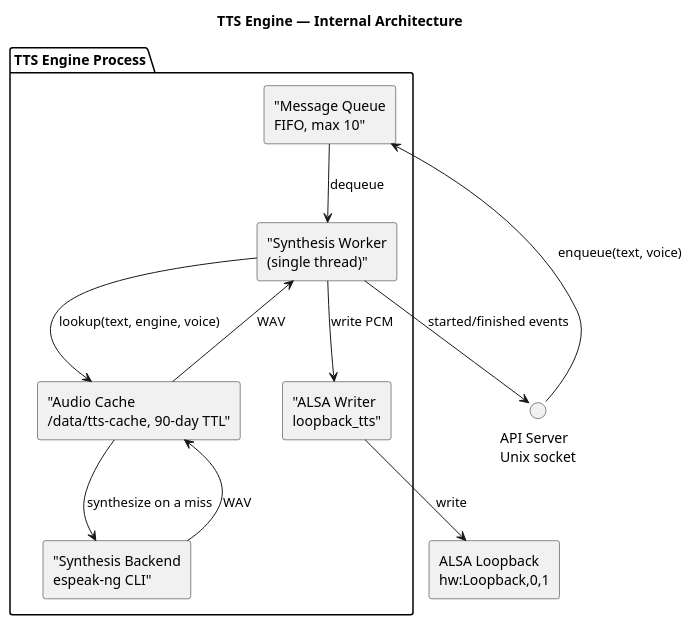
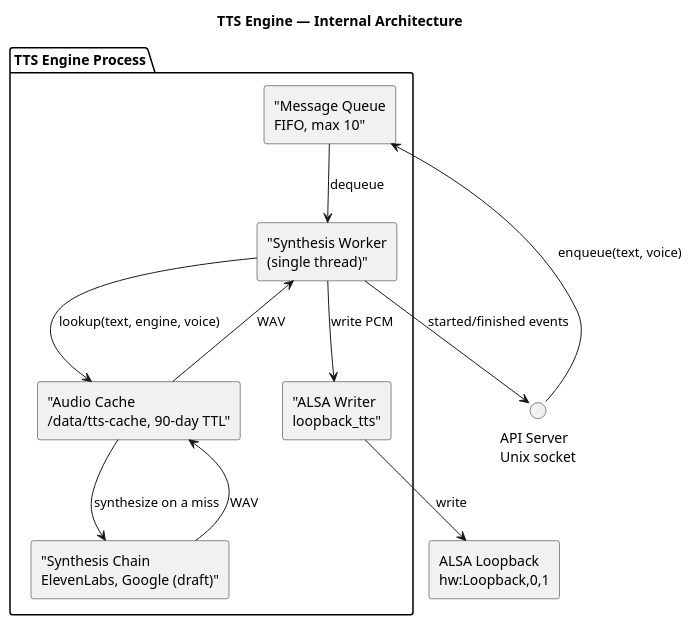
Before and after one commit to LydByDissing/kids-desktop-speaker: the diagram in docs/source/architecture/tts-engine/solution-design.rst, drawn with PlantUML. The commit also changed other lines of this file and 2 other files, not shown here.

First line of the commit message:
docs: draft the pivot to cloud text-to-speech (DEC-031)

```diff
--- a/docs/source/architecture/tts-engine/solution-design.rst
+++ b/docs/source/architecture/tts-engine/solution-design.rst
@@ -35,32 +35,32 @@
 .. plantuml::
    :caption: TTS Engine — Internal Architecture
    :name: fig-tts-internal
 
    @startuml
    skinparam componentStyle rectangle
    skinparam backgroundColor white
 
    title TTS Engine — Internal Architecture
 
    package "TTS Engine Process" as tts {
        component ["Message Queue\nFIFO, max 10"] as queue
        component ["Synthesis Worker\n(single thread)"] as worker
        component ["Audio Cache\n/data/tts-cache, 90-day TTL"] as cache
-       component ["Synthesis Backend\nespeak-ng CLI"] as piper
+       component ["Synthesis Chain\nElevenLabs, Google (draft)"] as piper
        component ["ALSA Writer\nloopback_tts"] as alsa
    }
 
    interface "API Server\nUnix socket" as api
    component "ALSA Loopback\nhw:Loopback,0,1" as loopback
 
    api --> queue : enqueue(text, voice)
    queue --> worker : dequeue
    worker --> cache : lookup(text, engine, voice)
    cache --> piper : synthesize on a miss
    piper --> cache : WAV
    cache --> worker : WAV
    worker --> alsa : write PCM
    alsa --> loopback : write
    worker --> api : started/finished events
 
    @enduml
```
